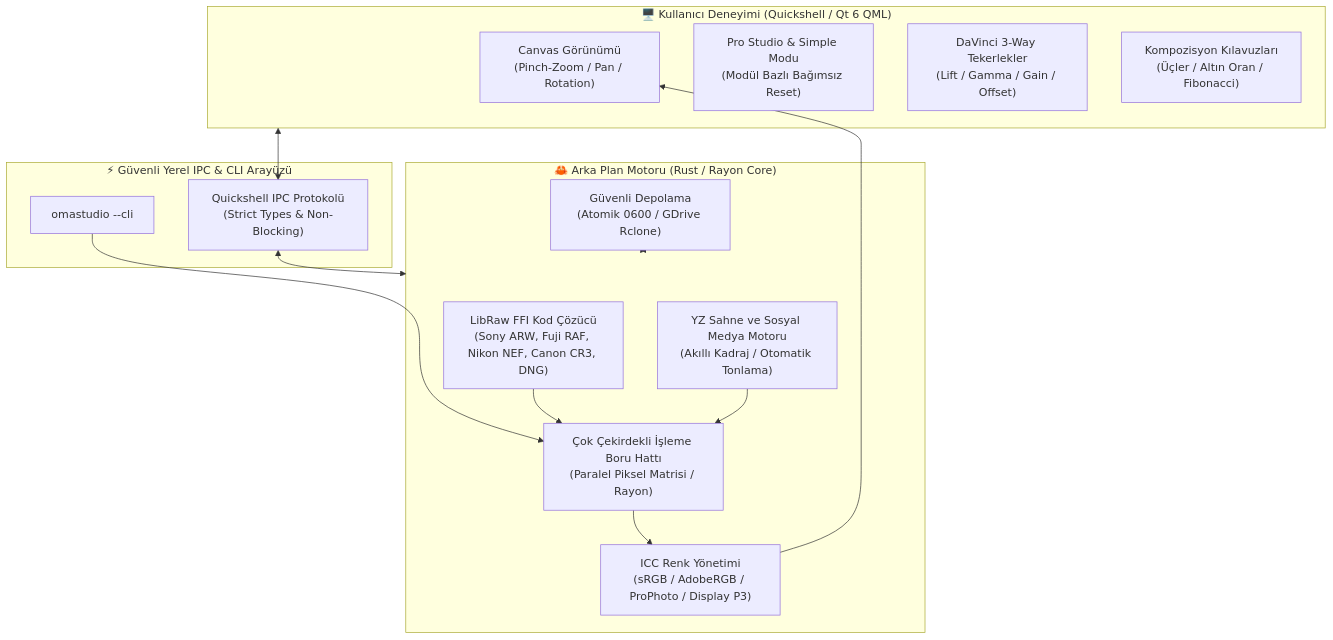
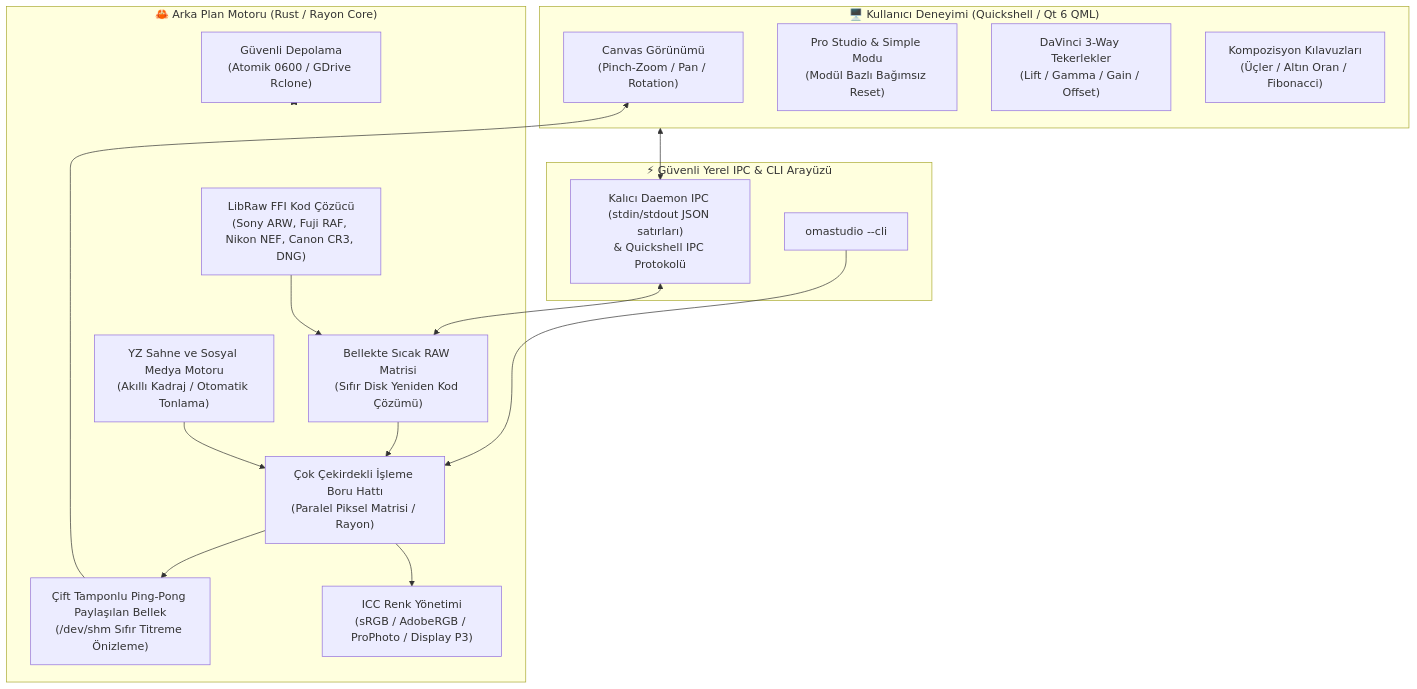
One commit to mickes66/omarchy-omastudio changed the first of 2 diagrams in README.tr.md. Above: the diagram before and after it, drawn with Mermaid. The commit also changed other lines of this file and 11 other files, not shown here.

First line of the commit message:
feat: persistent Rust daemon, 16-bit RAW pipeline & preset reset

````diff
--- a/README.tr.md
+++ b/README.tr.md
@@ -24,31 +24,35 @@
 ```mermaid
 graph TD
     subgraph UI ["🖥️ Kullanıcı Deneyimi (Quickshell / Qt 6 QML)"]
         Viewport["Canvas Görünümü<br/>(Pinch-Zoom / Pan / Rotation)"]
         Inspector["Pro Studio & Simple Modu<br/>(Modül Bazlı Bağımsız Reset)"]
         Wheels["DaVinci 3-Way Tekerlekler<br/>(Lift / Gamma / Gain / Offset)"]
         CropTool["Kompozisyon Kılavuzları<br/>(Üçler / Altın Oran / Fibonacci)"]
     end
 
     subgraph IPC ["⚡ Güvenli Yerel IPC & CLI Arayüzü"]
         CLI["omastudio --cli"]
-        Sock["Quickshell IPC Protokolü<br/>(Strict Types & Non-Blocking)"]
+        Sock["Kalıcı Daemon IPC (stdin/stdout JSON satırları)<br/>& Quickshell IPC Protokolü"]
     end
 
     subgraph Engine ["🦀 Arka Plan Motoru (Rust / Rayon Core)"]
         Decoders["LibRaw FFI Kod Çözücü<br/>(Sony ARW, Fuji RAF, Nikon NEF, Canon CR3, DNG)"]
+        RAMCache["Bellekte Sıcak RAW Matrisi<br/>(Sıfır Disk Yeniden Kod Çözümü)"]
         Pipeline["Çok Çekirdekli İşleme Boru Hattı<br/>(Paralel Piksel Matrisi / Rayon)"]
+        ShmPingPong["Çift Tamponlu Ping-Pong Paylaşılan Bellek<br/>(/dev/shm Sıfır Titreme Önizleme)"]
         ColorEngine["ICC Renk Yönetimi<br/>(sRGB / AdobeRGB / ProPhoto / Display P3)"]
         AIEngine["YZ Sahne ve Sosyal Medya Motoru<br/>(Akıllı Kadraj / Otomatik Tonlama)"]
         Storage["Güvenli Depolama<br/>(Atomik 0600 / GDrive Rclone)"]
     end
 
     UI <--> Sock
     CLI --> Pipeline
-    Sock <--> Engine
-    Decoders --> Pipeline
+    Sock <--> RAMCache
+    Decoders --> RAMCache
+    RAMCache --> Pipeline
+    Pipeline --> ShmPingPong
+    ShmPingPong --> Viewport
     Pipeline --> ColorEngine
-    ColorEngine --> Viewport
     AIEngine --> Pipeline
     Storage <--> Engine
 ```
````
